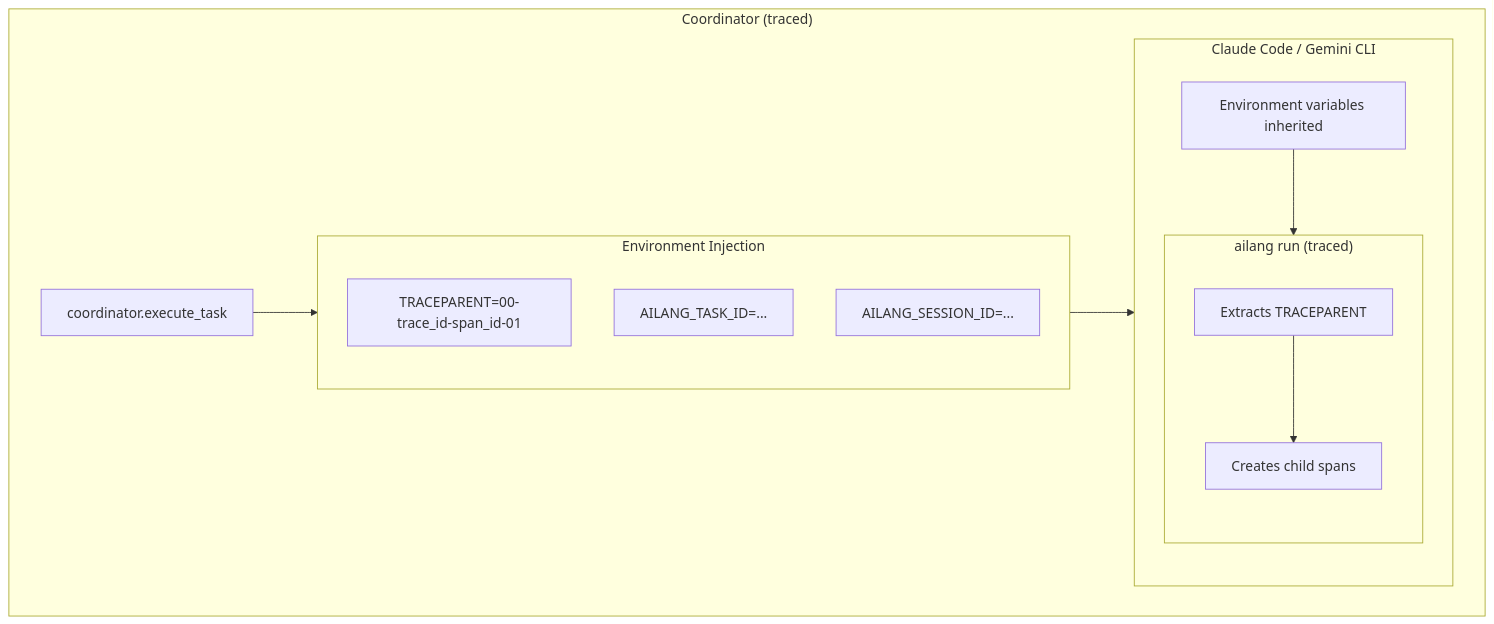
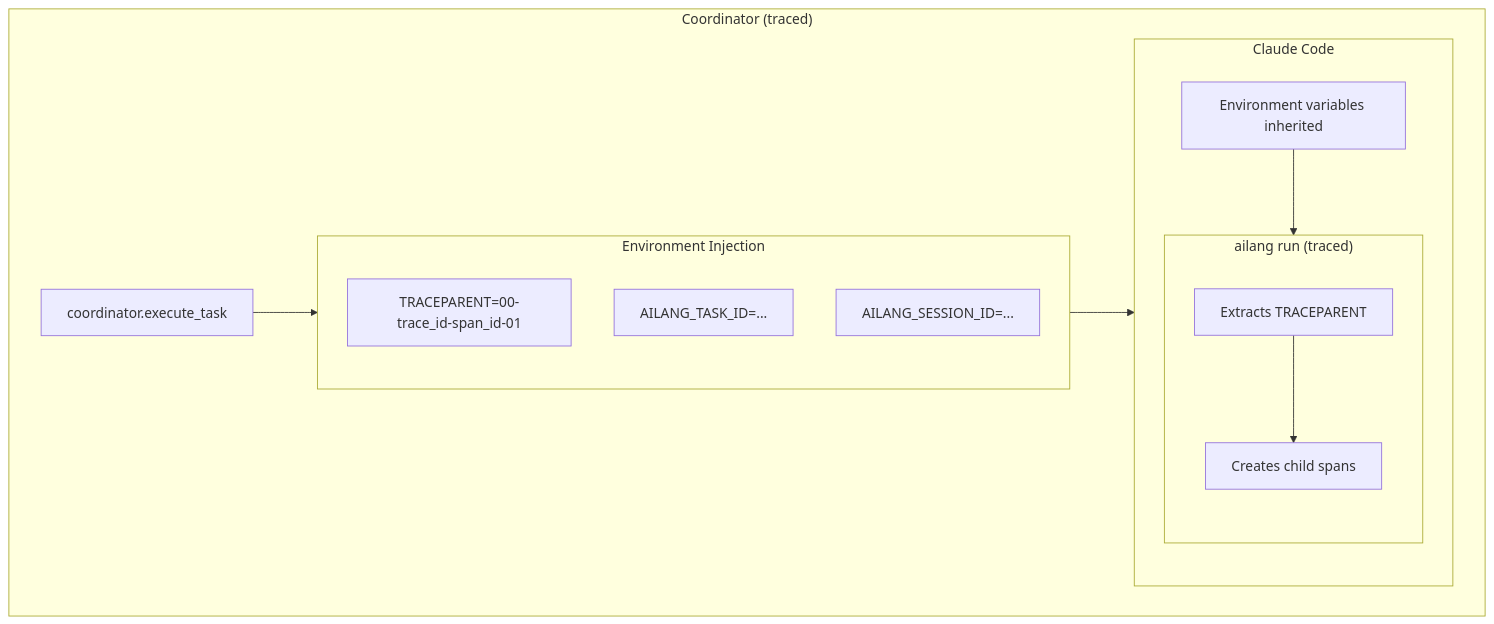
The diagram in docs/docs/guides/telemetry.md (sunholo-data/ailang), drawn with Mermaid before and after one commit. The commit also changed other lines of this file and 21 other files, not shown here.

````diff
--- a/docs/docs/guides/telemetry.md
+++ b/docs/docs/guides/telemetry.md
@@ -436,26 +424,26 @@
 ```mermaid
 flowchart TB
     subgraph Coordinator["Coordinator (traced)"]
         ExecTask["coordinator.execute_task"]
 
         subgraph Inject["Environment Injection"]
             TP["TRACEPARENT=00-trace_id-span_id-01"]
             TID["AILANG_TASK_ID=..."]
             SID["AILANG_SESSION_ID=..."]
         end
 
-        subgraph CLI["Claude Code / Gemini CLI"]
+        subgraph CLI["Claude Code"]
             Inherit["Environment variables inherited"]
 
             subgraph AILANG["ailang run (traced)"]
                 Extract["Extracts TRACEPARENT"]
                 Child["Creates child spans"]
             end
         end
     end
 
     ExecTask --> Inject
     Inject --> CLI
     Inherit --> AILANG
     Extract --> Child
 ```
````
